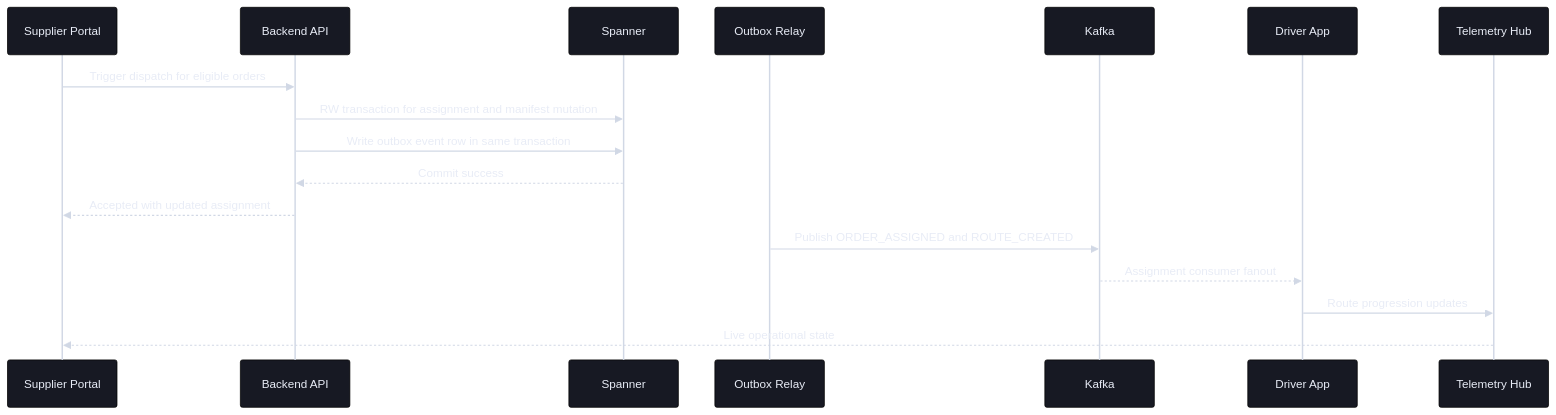
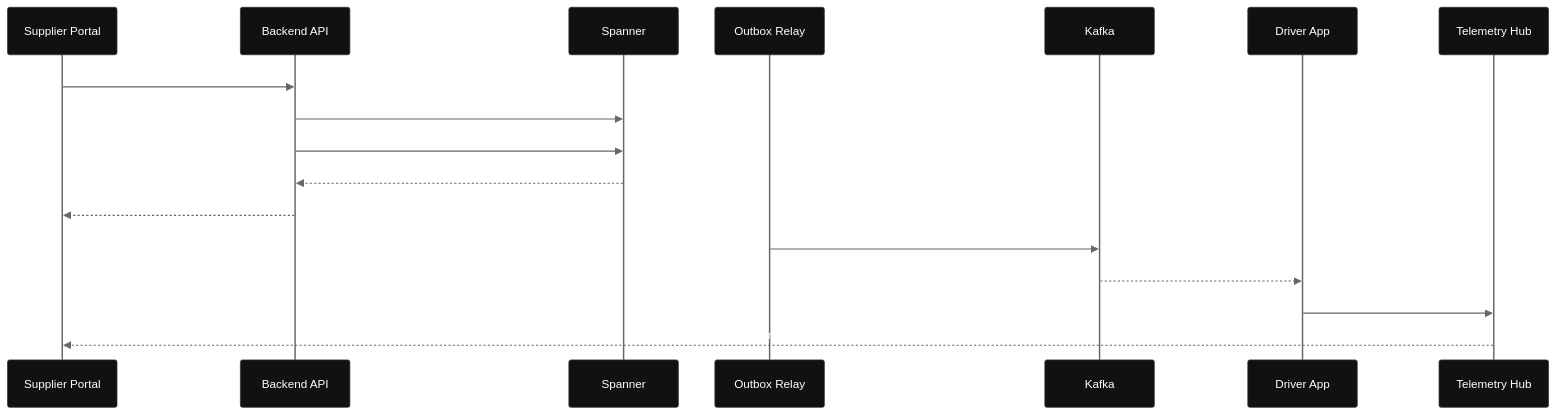
The fourth of 4 diagrams in README.md (CYBERSTALKER07/ATOMOS), drawn with Mermaid before and after one commit. The commit also changed other lines of this file, not shown here.

````diff
--- a/README.md
+++ b/README.md
@@ -240,21 +243,21 @@
 ```mermaid
-%%{init: {"theme":"base","themeVariables":{"darkMode":true,"background":"#000000","primaryColor":"#171923","primaryTextColor":"#E8ECF6","primaryBorderColor":"#000000","secondaryColor":"#1F2430","secondaryTextColor":"#E8ECF6","secondaryBorderColor":"#000000","tertiaryColor":"#222A35","tertiaryTextColor":"#E8ECF6","tertiaryBorderColor":"#000000","lineColor":"#D1D8E5","textColor":"#E8ECF6","mainBkg":"#171923","nodeBorder":"#000000","clusterBkg":"#171923","clusterBorder":"#000000","titleColor":"#E8ECF6","edgeLabelBackground":"#171923","actorBkg":"#171923","actorBorder":"#000000","actorTextColor":"#E8ECF6","actorLineColor":"#D1D8E5","signalColor":"#D1D8E5","signalTextColor":"#E8ECF6","labelBoxBkgColor":"#171923","labelBoxBorderColor":"#000000","labelTextColor":"#E8ECF6","loopTextColor":"#E8ECF6","activationBkgColor":"#242B38","activationBorderColor":"#000000","sequenceNumberColor":"#000000","stateBkg":"#171923","stateBorder":"#000000","stateTextColor":"#E8ECF6","noteBkgColor":"#171923","noteTextColor":"#E8ECF6","noteBorderColor":"#000000"},"themeCSS":".edgeLabel text,.label text,.stateLabel text,.messageText,.nodeLabel{fill:#E8ECF6 !important;color:#E8ECF6 !important;} rect,.actor,.note,.labelBox,.edgeLabel rect{stroke:none !important;rx:40px !important;ry:40px !important;} .edgeLabel rect{fill:rgba(255,255,255,0.12) !important;opacity:1 !important;} .messageLine0,.messageLine1,.loopLine{stroke:#D1D8E5 !important;} .stateGroup circle,.stateGroup rect,.statediagram-state rect{stroke:none !important;}"}}%%
+%%{init: {"theme":"base","themeVariables":{"darkMode":true,"background":"#000000","primaryColor":"#111111","primaryTextColor":"#FFFFFF","primaryBorderColor":"#333333","secondaryColor":"#111111","secondaryTextColor":"#FFFFFF","secondaryBorderColor":"#333333","tertiaryColor":"#111111","tertiaryTextColor":"#FFFFFF","tertiaryBorderColor":"#333333","lineColor":"#666666","textColor":"#FFFFFF","mainBkg":"#111111","nodeBorder":"#333333","clusterBkg":"#111111","clusterBorder":"#333333","titleColor":"#FFFFFF","edgeLabelBackground":"#111111","actorBkg":"#111111","actorBorder":"#333333","actorTextColor":"#FFFFFF","actorLineColor":"#666666","signalColor":"#666666","signalTextColor":"#FFFFFF","labelBoxBkgColor":"#111111","labelBoxBorderColor":"#333333","labelTextColor":"#FFFFFF","loopTextColor":"#FFFFFF","activationBkgColor":"#1A1A1A","activationBorderColor":"#333333","sequenceNumberColor":"#000000"},"themeCSS":".edgeLabel text,.label text,.stateLabel text,.messageText,.nodeLabel{fill:#FFFFFF !important;color:#FFFFFF !important;} rect,.actor,.note,.labelBox,.edgeLabel rect{stroke:#333333 !important;rx:12px !important;ry:12px !important;} .edgeLabel rect{fill:#111111 !important;opacity:1 !important;} .messageLine0,.messageLine1,.loopLine{stroke:#666666 !important;}"}}%%
 sequenceDiagram
    participant Portal as Supplier Portal
    participant API as Backend API
    participant DB as Spanner
    participant Outbox as Outbox Relay
    participant Kafka as Kafka
    participant Driver as Driver App
    participant Telemetry as Telemetry Hub
 
    Portal->>API: Trigger dispatch for eligible orders
    API->>DB: RW transaction for assignment and manifest mutation
    API->>DB: Write outbox event row in same transaction
    DB-->>API: Commit success
    API-->>Portal: Accepted with updated assignment
    Outbox->>Kafka: Publish ORDER_ASSIGNED and ROUTE_CREATED
    Kafka-->>Driver: Assignment consumer fanout
    Driver->>Telemetry: Route progression updates
    Telemetry-->>Portal: Live operational state
 ```
````
